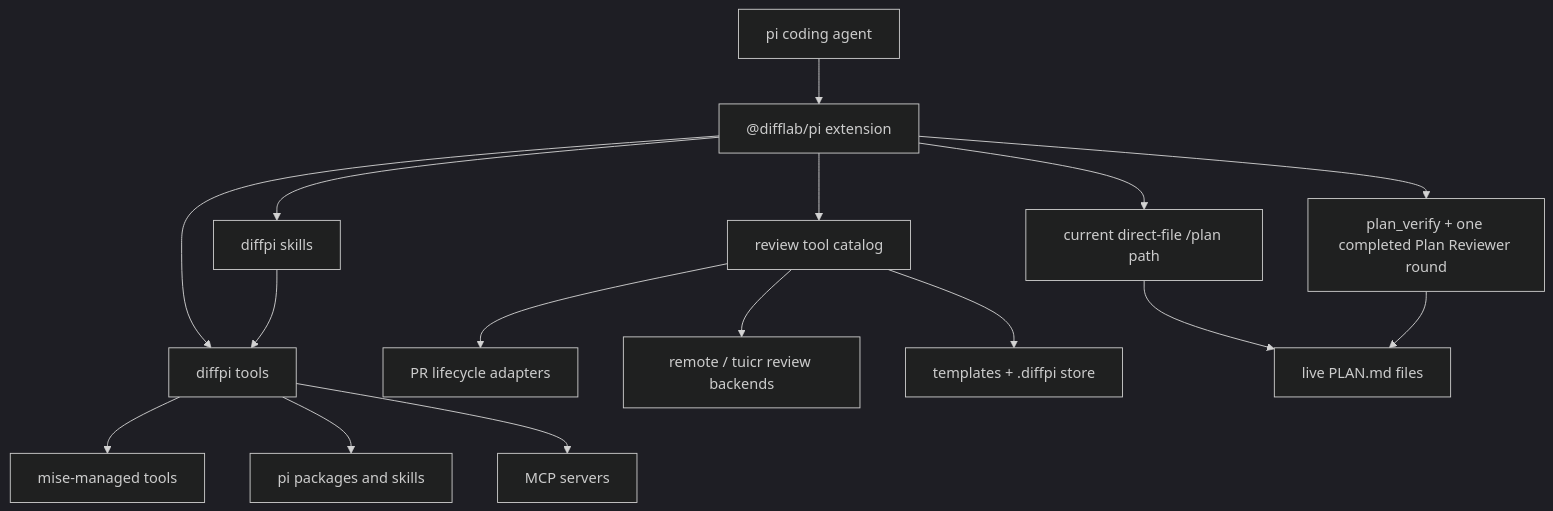
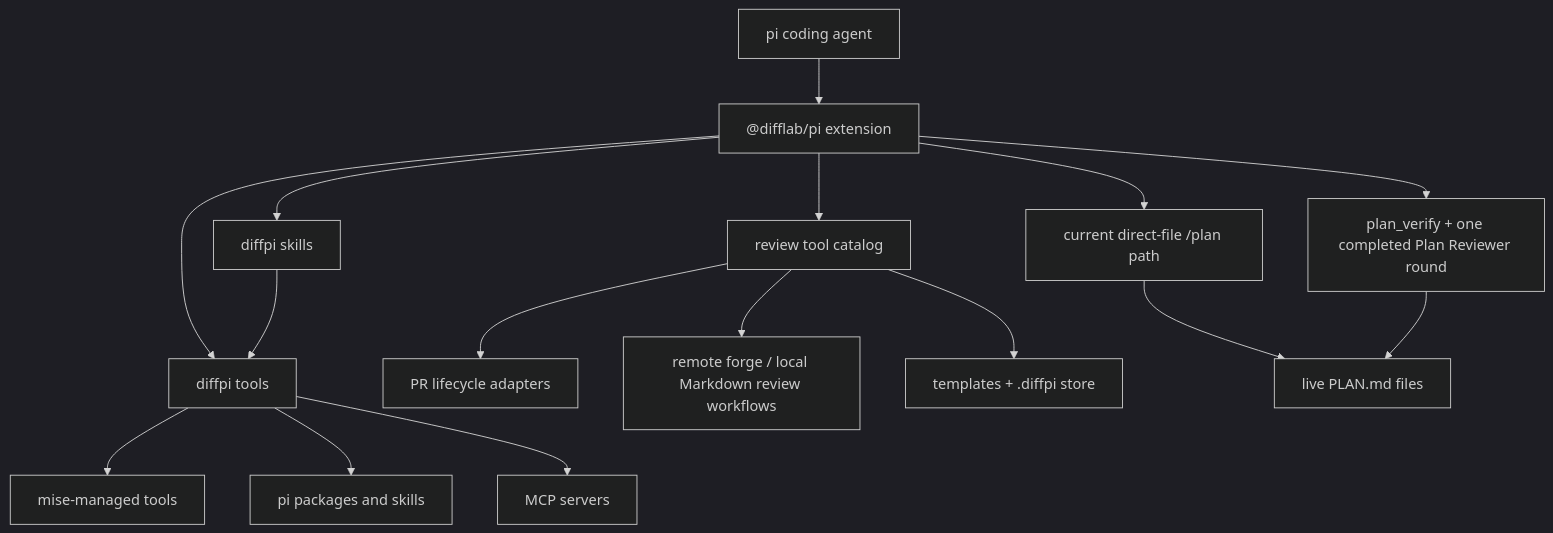
The diagram in docs/architecture/index.md (difflab-io/diffpi), drawn with Mermaid (dark theme) before and after one commit. The commit also changed other lines of this file and 78 other files, not shown here.

First line of the commit message:
feat(pi): simplify plan logging and review workflows

````diff
--- a/docs/architecture/index.md
+++ b/docs/architecture/index.md
@@ -31,18 +31,18 @@
 ```mermaid
 graph TD
     Pi["pi coding agent"] --> Extension["@difflab/pi extension"]
     Extension --> Tools["diffpi tools"]
     Extension --> Skills["diffpi skills"]
     Extension --> Review["review tool catalog"]
     Extension --> PlanCurrent["current direct-file /plan path"]
     Extension --> PlanTarget["plan_verify + one completed Plan Reviewer round"]
     Skills --> Tools
     Review --> Forge["PR lifecycle adapters"]
-    Review --> Backends["remote / tuicr review backends"]
+    Review --> Backends["remote forge / local Markdown review workflows"]
     Review --> Store["templates + .diffpi store"]
     PlanCurrent --> Files["live PLAN.md files"]
     PlanTarget --> Files
     Tools --> Mise["mise-managed tools"]
     Tools --> Packages["pi packages and skills"]
     Tools --> MCP["MCP servers"]
 ```
````
